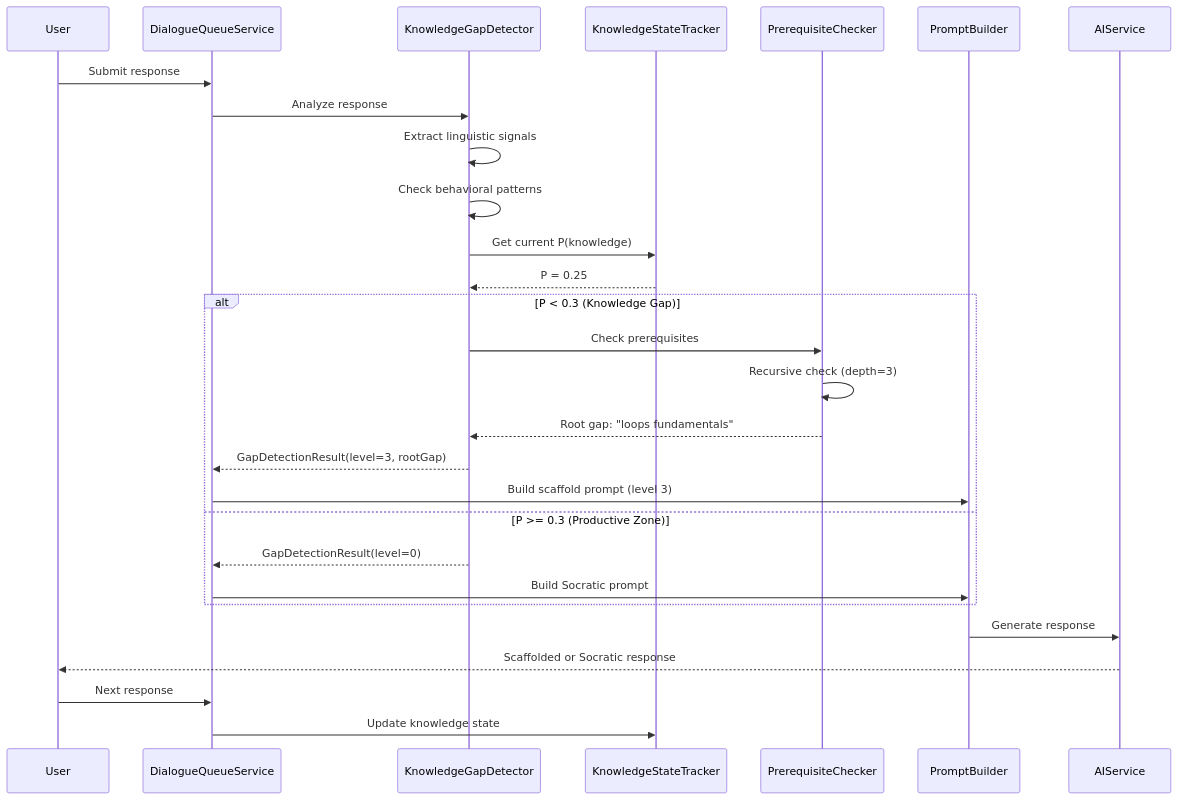
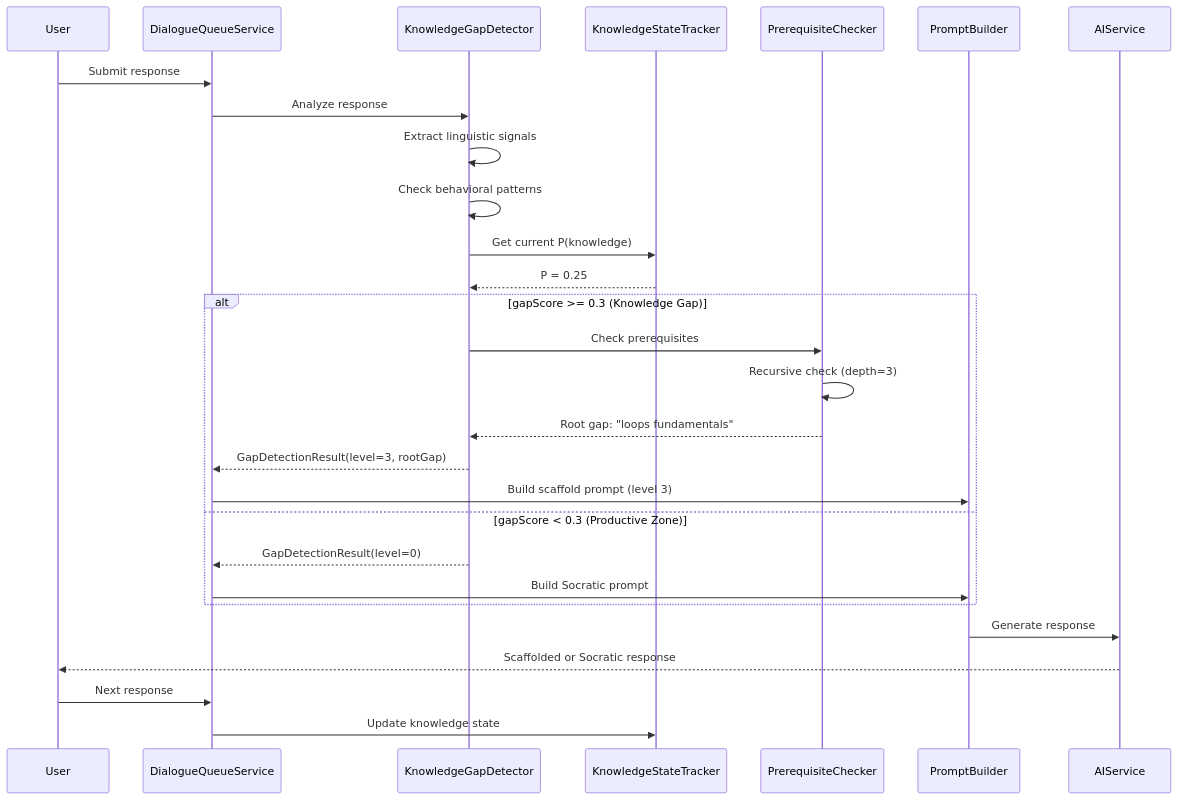
Before and after one commit to shettydev/mukti: the third of 3 diagrams in docs/rfcs/active/rfc-0001-knowledge-gap-detection/index.md, drawn with Mermaid. The commit also changed other lines of this file and 5 other files, not shown here.

````diff
--- a/docs/rfcs/active/rfc-0001-knowledge-gap-detection/index.md
+++ b/docs/rfcs/active/rfc-0001-knowledge-gap-detection/index.md
@@ -147,35 +147,35 @@
 ```mermaid
 sequenceDiagram
     participant User
     participant Queue as DialogueQueueService
     participant Detector as KnowledgeGapDetector
     participant BKT as KnowledgeStateTracker
     participant Prereq as PrerequisiteChecker
     participant Prompt as PromptBuilder
     participant AI as AIService
 
     User->>Queue: Submit response
     Queue->>Detector: Analyze response
 
     Detector->>Detector: Extract linguistic signals
     Detector->>Detector: Check behavioral patterns
     Detector->>BKT: Get current P(knowledge)
     BKT-->>Detector: P = 0.25
 
-    alt P < 0.3 (Knowledge Gap)
+    alt gapScore >= 0.3 (Knowledge Gap)
         Detector->>Prereq: Check prerequisites
         Prereq->>Prereq: Recursive check (depth=3)
         Prereq-->>Detector: Root gap: "loops fundamentals"
         Detector-->>Queue: GapDetectionResult(level=3, rootGap)
         Queue->>Prompt: Build scaffold prompt (level 3)
-    else P >= 0.3 (Productive Zone)
+    else gapScore < 0.3 (Productive Zone)
         Detector-->>Queue: GapDetectionResult(level=0)
         Queue->>Prompt: Build Socratic prompt
     end
 
     Prompt->>AI: Generate response
     AI-->>User: Scaffolded or Socratic response
 
     User->>Queue: Next response
     Queue->>BKT: Update knowledge state
 ```
````
